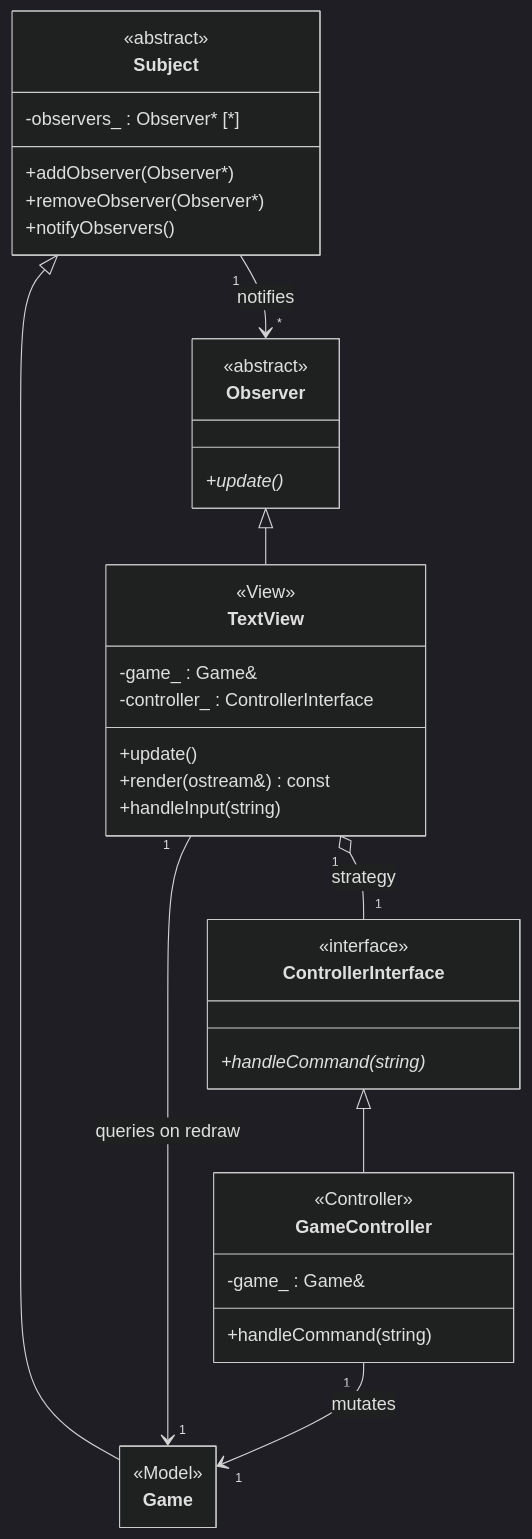
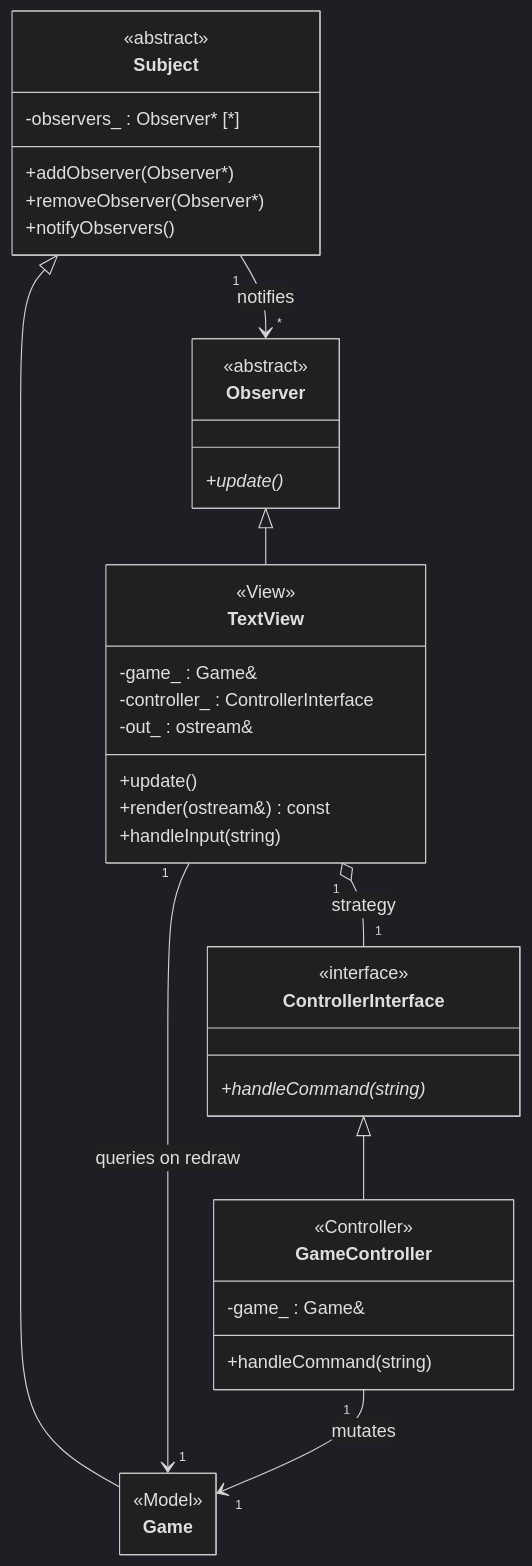
Before and after one commit to jasmehar-k/hungry-hungry-capitalists: the third of 8 diagrams in uml.md, drawn with Mermaid (dark theme). The commit also changed other lines of this file and 6 other files, not shown here.

Commit message:
sync notes report and uml with the io seam auction and board registry

````diff
--- a/uml.md
+++ b/uml.md
@@ -544,47 +564,48 @@
 ```mermaid
 ---
 config:
   class:
     hideEmptyMembersBox: true
 ---
 classDiagram
     direction TB
 
     class Subject {
         <<abstract>>
         +addObserver(Observer*)
         +removeObserver(Observer*)
         +notifyObservers()
         -observers_ : Observer* [*]
     }
     class Observer {
         <<abstract>>
         +update()*
     }
     class Game { <<Model>> }
     class TextView {
         <<View>>
         +update()
         +render(ostream&) const
         +handleInput(string)
         -game_ : Game&
         -controller_ : ControllerInterface
+        -out_ : ostream&
     }
     class ControllerInterface {
         <<interface>>
         +handleCommand(string)*
     }
     class GameController {
         <<Controller>>
         +handleCommand(string)
         -game_ : Game&
     }
 
     Subject <|-- Game
     Observer <|-- TextView
     ControllerInterface <|-- GameController
     Subject "1" --> "*" Observer : notifies
     TextView "1" o-- "1" ControllerInterface : strategy
     TextView "1" --> "1" Game : queries on redraw
     GameController "1" --> "1" Game : mutates
 ```
````
